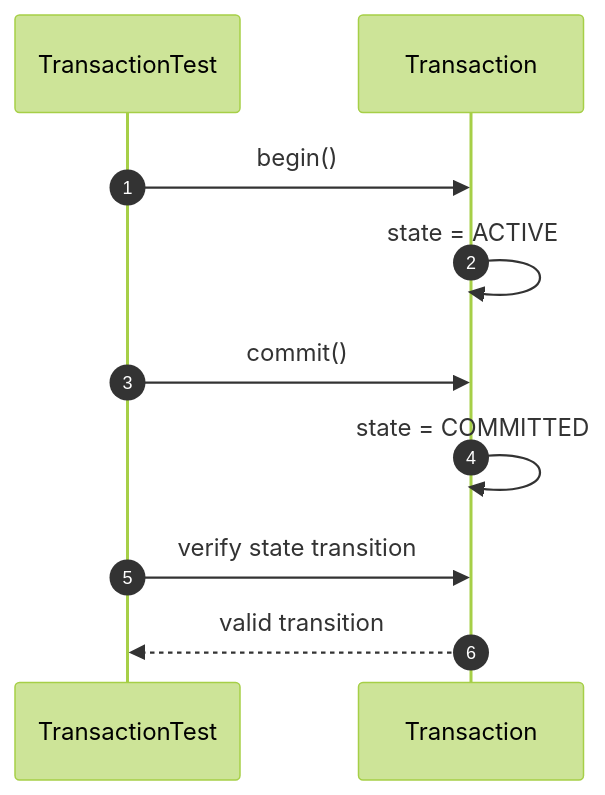
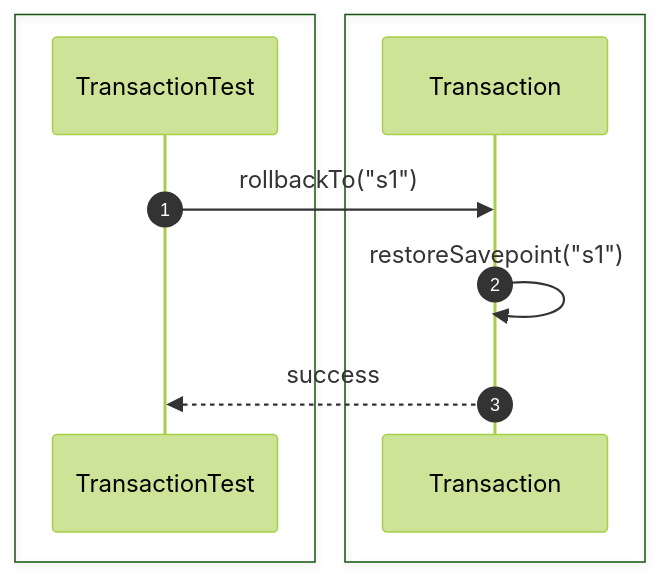
One commit to Huy1801214/dbms-architecture changed diagram 17 of 54 in src/sequence/transaction.md. Above: the diagram before and after it, drawn with Mermaid (forest theme). The commit also changed other lines of this file and 10 other files, not shown here.

Commit message:
add comprehensive sequence diagrams and documentation for system architecture and unit testing specifications

````diff
--- a/src/sequence/transaction.md
+++ b/src/sequence/transaction.md
@@ -205,19 +288,15 @@
 ```mermaid
 sequenceDiagram
     autonumber
 
+    box #e1f5fe Test Suite
     participant Test as TransactionTest
+    end
+    box #ffebee Transaction Components
     participant Tx as Transaction
+    end
 
-    Test->>Tx: begin()
-
-    Tx->>Tx: state = ACTIVE
-
-    Test->>Tx: commit()
-
-    Tx->>Tx: state = COMMITTED
-
-    Test->>Tx: verify state transition
-
-    Tx-->>Test: valid transition
+    Test->>Tx: rollbackTo("s1")
+    Tx->>Tx: restoreSavepoint("s1")
+    Tx-->>Test: success
 ```
````
